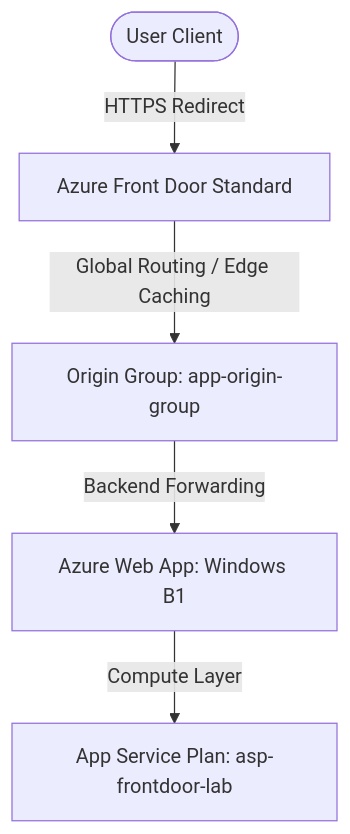
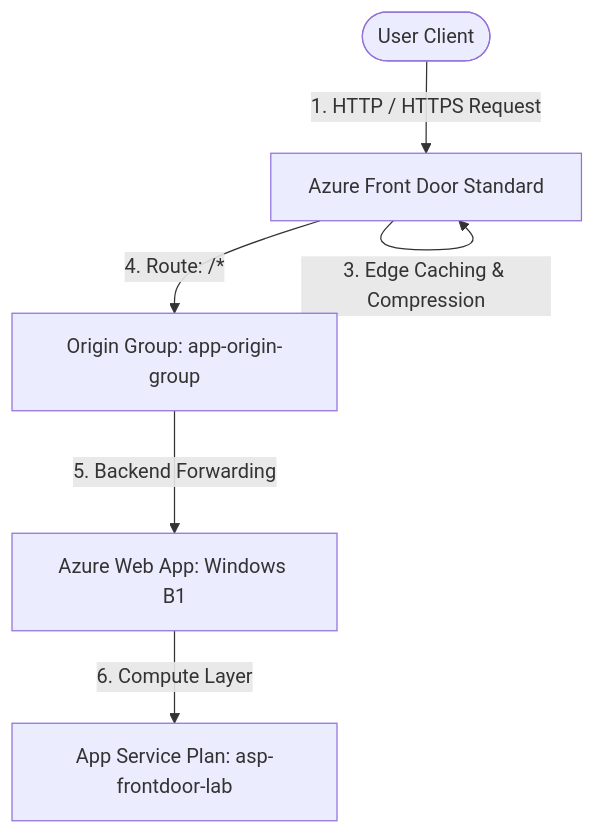
The diagram in README.md (aslahea/azure-frontdoor-terraform-lab-), drawn with Mermaid before and after one commit.

Commit message:
docs: update architecture diagram in README.md

````diff
--- a/README.md
+++ b/README.md
@@ -9,7 +9,9 @@
 ```mermaid
 graph TD
-    User([User Client]) -->|HTTPS Redirect| AFD[Azure Front Door Standard]
-    AFD -->|Global Routing / Edge Caching| OG[Origin Group: app-origin-group]
-    OG -->|Backend Forwarding| WebApp[Azure Web App: Windows B1]
-    WebApp -->|Compute Layer| ASP[App Service Plan: asp-frontdoor-lab]
+    User([User Client]) -->|1. HTTP / HTTPS Request| AFD[Azure Front Door Standard]
+    AFD -->|2. Redirects HTTP to HTTPS| AFD
+    AFD -->|3. Edge Caching & Compression| AFD
+    AFD -->|4. Route: /*| OG[Origin Group: app-origin-group]
+    OG -->|5. Backend Forwarding| WebApp[Azure Web App: Windows B1]
+    WebApp -->|6. Compute Layer| ASP[App Service Plan: asp-frontdoor-lab]
 ```
````
